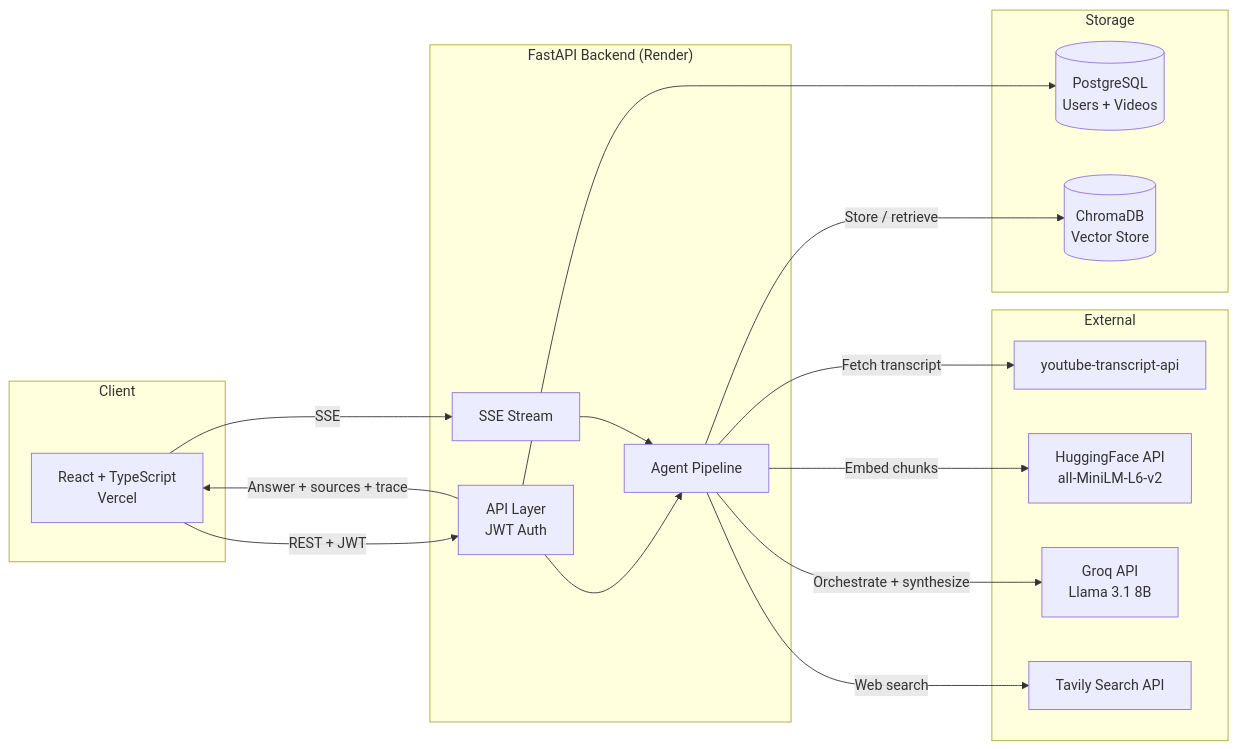
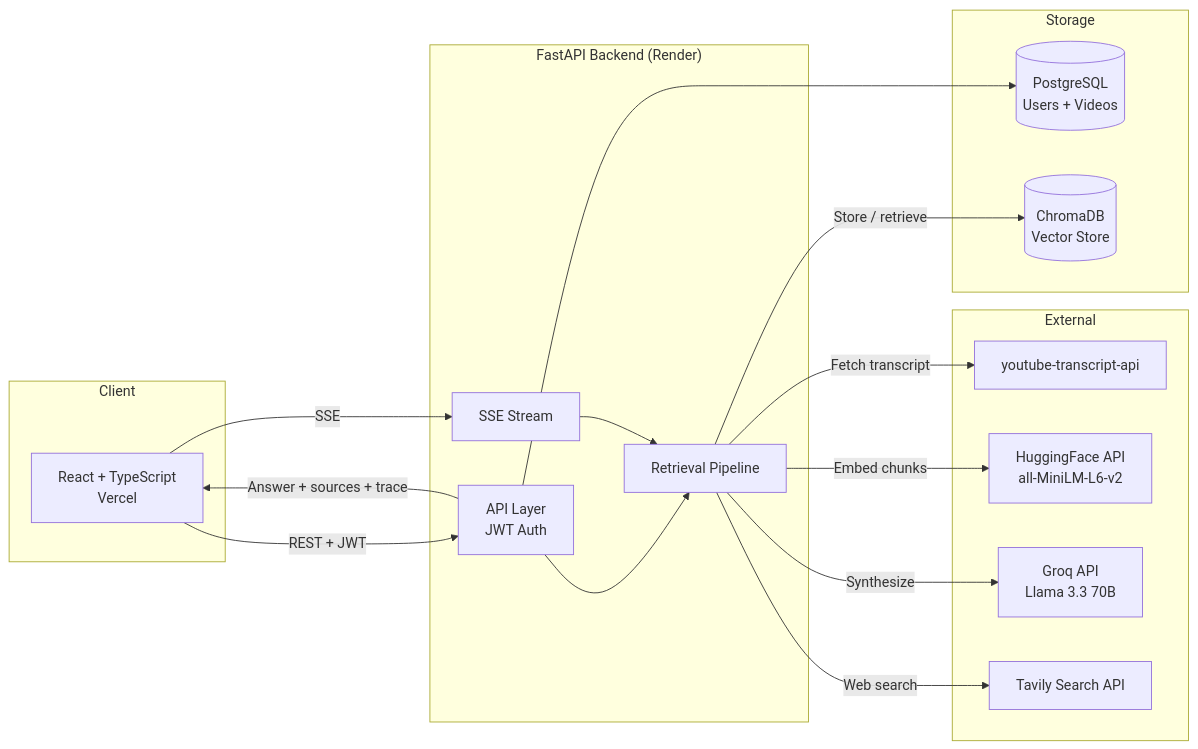
The diagram in README.md (shruthi-hariprasad/youtube-rag), drawn with Mermaid before and after one commit. The commit also changed other lines of this file, not shown here.

Commit message:
Update README to reflect current pipeline and features

````diff
--- a/README.md
+++ b/README.md
@@ -31,32 +29,32 @@
 ```mermaid
 flowchart LR
     subgraph Client
         A[React + TypeScript\nVercel]
     end
     subgraph Backend ["FastAPI Backend (Render)"]
         B[API Layer\nJWT Auth]
-        C[Agent Pipeline]
+        C[Retrieval Pipeline]
         D[SSE Stream]
     end
     subgraph Storage
         E[(PostgreSQL\nUsers + Videos)]
         F[(ChromaDB\nVector Store)]
     end
     subgraph External
         G[youtube-transcript-api]
         H[HuggingFace API\nall-MiniLM-L6-v2]
-        I[Groq API\nLlama 3.1 8B]
+        I[Groq API\nLlama 3.3 70B]
         J[Tavily Search API]
     end
     A -->|REST + JWT| B
     A -->|SSE| D
     B --> E
     B --> C
     D --> C
     C -->|Fetch transcript| G
     C -->|Embed chunks| H
     C -->|Store / retrieve| F
-    C -->|Orchestrate + synthesize| I
+    C -->|Synthesize| I
     C -->|Web search| J
     B -->|Answer + sources + trace| A
 ```
````
